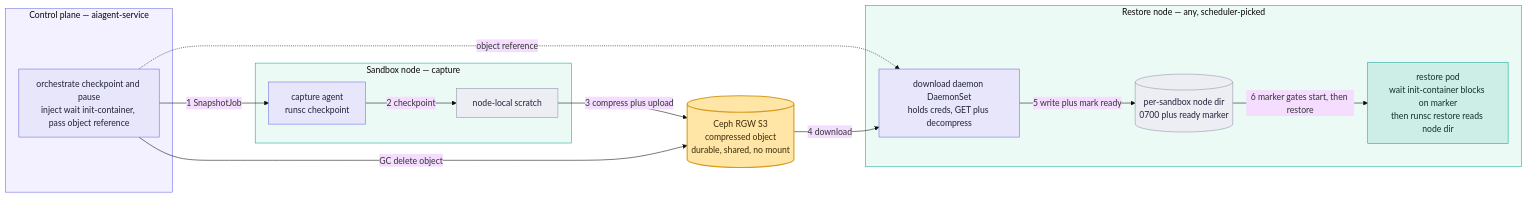
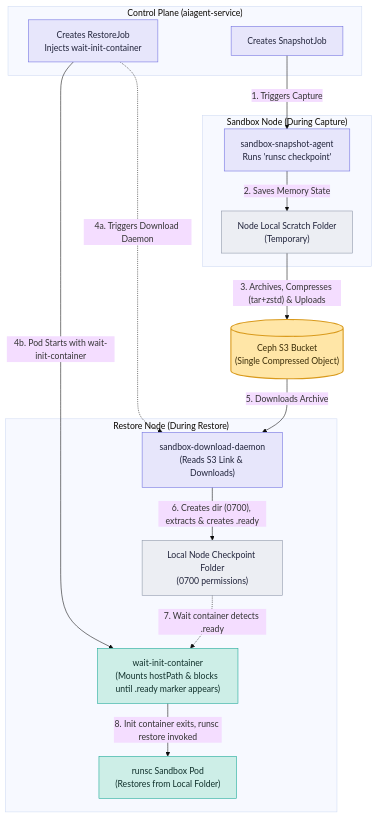
Before and after one commit to chandini1727/plant_disease_app: the first of 6 diagrams in README.md, drawn with Mermaid (base theme). The commit also changed other lines of this file, not shown here.

````diff
--- a/README.md
+++ b/README.md
@@ -49,37 +33,39 @@
 ```mermaid
-flowchart LR
-    subgraph CPsg["Control plane — aiagent-service"]
-        CP["orchestrate checkpoint and pause<br/>inject wait init-container, pass object reference"]:::cp
+flowchart TD
+    subgraph ControlPlane["Control Plane (aiagent-service)"]
+        CP_CAP["Creates SnapshotJob"]:::cp
+        CP_REST["Creates RestoreJob<br/>Injects wait-init-container"]:::cp
     end
 
-    subgraph SNsg["Sandbox node — capture"]
-        AG["capture agent<br/>runsc checkpoint"]:::cp
-        SC["node-local scratch"]:::store
+    subgraph SandboxNode["Sandbox Node (During Capture)"]
+        CA["sandbox-snapshot-agent<br/>Runs 'runsc checkpoint'"]:::cp
+        SCRATCH["Node Local Scratch Folder<br/>(Temporary)"]:::store
     end
 
-    RGW[("Ceph RGW S3<br/>compressed object<br/>durable, shared, no mount")]:::star
+    S3[("Ceph S3 Bucket<br/>(Single Compressed Object)")]:::star
 
-    subgraph RNsg["Restore node — any, scheduler-picked"]
-        DM["download daemon DaemonSet<br/>holds creds, GET plus decompress"]:::cp
-        LD[("per-sandbox node dir<br/>0700 plus ready marker")]:::store
-        POD["restore pod<br/>wait init-container blocks on marker<br/>then runsc restore reads node dir"]:::dp
+    subgraph RestoreNode["Restore Node (During Restore)"]
+        DD["sandbox-download-daemon<br/>(Reads S3 Link & Downloads)"]:::cp
+        LOCAL["Local Node Checkpoint Folder<br/>(0700 permissions)"]:::store
+        WAIT["wait-init-container<br/>(Mounts hostPath & blocks until .ready marker appears)"]:::dp
+        RUN["runsc Sandbox Pod<br/>(Restores from Local Folder)"]:::dp
     end
 
-    CP -->|"1 SnapshotJob"| AG
-    AG -->|"2 checkpoint"| SC
-    SC -->|"3 compress plus upload"| RGW
-    CP -.->|"object reference"| DM
-    RGW -->|"4 download"| DM
-    DM -->|"5 write plus mark ready"| LD
-    LD -->|"6 marker gates start, then restore"| POD
-    CP -->|"GC delete object"| RGW
+    CP_CAP -->|"1. Triggers Capture"| CA
+    CA -->|"2. Saves Memory State"| SCRATCH
+    SCRATCH -->|"3. Archives, Compresses (tar+zstd) & Uploads"| S3
+    
+    CP_REST -.->|"4a. Triggers Download Daemon"| DD
+    CP_REST -->|"4b. Pod Starts with wait-init-container"| WAIT
+    
+    S3 -->|"5. Downloads Archive"| DD
+    DD -->|"6. Creates dir (0700), extracts & creates .ready"| LOCAL
+    
+    LOCAL -.->|"7. Wait container detects .ready"| WAIT
+    WAIT -->|"8. Init container exits, runsc restore invoked"| RUN
 
     classDef cp fill:#e7e6fb,stroke:#6b6be0,color:#20233a
     classDef dp fill:#cdeee7,stroke:#12a594,color:#10302b
     classDef store fill:#eceef3,stroke:#8a93a6,color:#20233a
     classDef star fill:#ffe6a7,stroke:#d99a1c,stroke-width:2px,color:#3a2c07
-
-    style CPsg fill:#f3f1ff,stroke:#6b6be0
-    style SNsg fill:#ecfaf6,stroke:#12a594
-    style RNsg fill:#ecfaf6,stroke:#12a594
 ```
````
